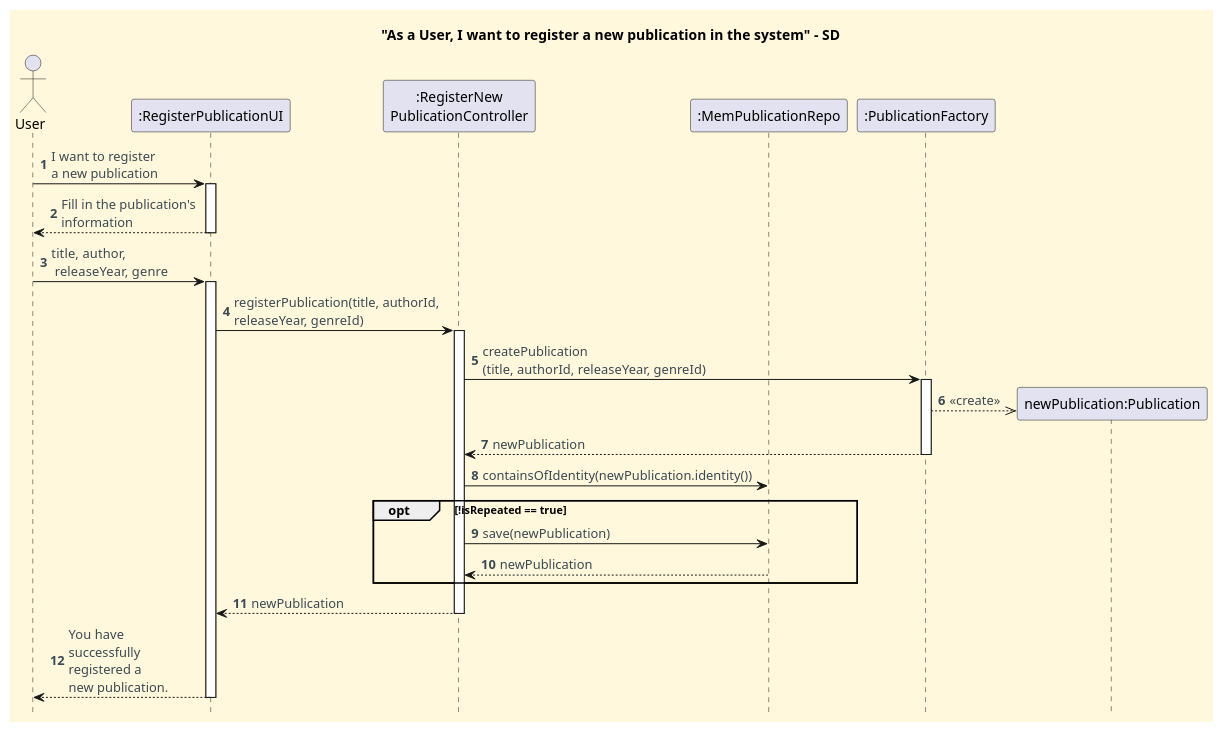
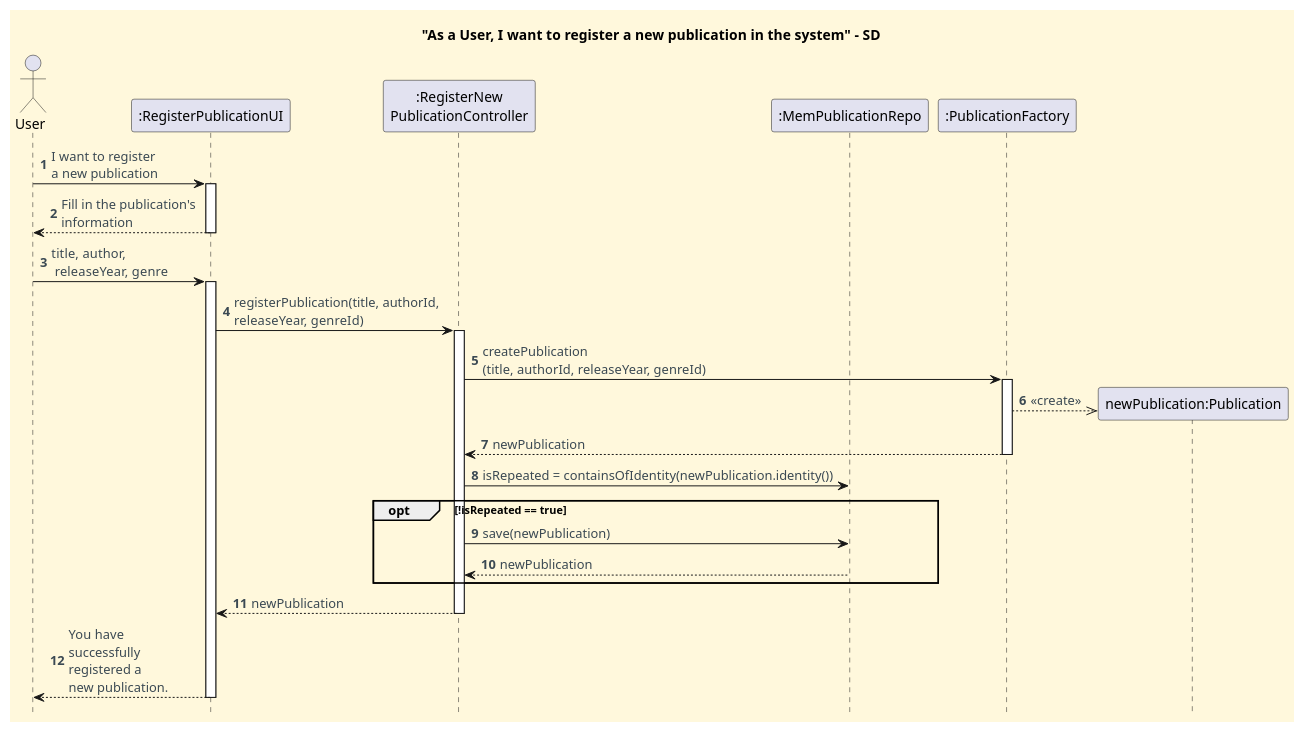
One commit to CarolinaLeite-collab/JavaMarketplacePlatform changed the diagram in docs/user-stories/US010/US010_register_new_publication_SD.puml. Above: the diagram before and after it, drawn with PlantUML.

Commit message:
refactor: minor changes in SD diagram to represent isRepeated method (#600)

```diff
--- a/docs/user-stories/US010/US010_register_new_publication_SD.puml
+++ b/docs/user-stories/US010/US010_register_new_publication_SD.puml
@@ -1,60 +1,60 @@
 @startuml
 title "As a User, I want to register a new publication in the system" - SD
 
 '==== basic style ====
 skinparam monochrome false
 skinparam shadowing false
 skinparam defaultFontName Futura
 skinparam objectFontSize 20
 skinparam backgroundColor CornSilk
 skinparam objectBackgroundColor WhiteSmoke
 skinparam noteBackgroundColor #FFFFE0
 skinparam ArrowFontColor #3B4953
 skinparam ActivationBackgroundColor black
 hidefootbox
 autonumber
 
 ' --- Actor and participants ---
 actor User
 participant ":RegisterPublicationUI" as UI
 participant ":RegisterNew\nPublicationController" as Ctl
 participant ":MemPublicationRepo" as PR
 participant ":PublicationFactory" as PF
 
 ' --- UI interaction ---
 User -> UI: I want to register \na new publication
 activate UI
 UI --> User: Fill in the publication's \ninformation
 deactivate UI
 
 User -> UI: title, author, \n releaseYear, genre
 activate UI
 
 ' --- Use case execution ---
 UI -> Ctl: registerPublication(title, authorId, \nreleaseYear, genreId)
 activate Ctl
 
 
 ' --- Creation  ---
 Ctl -> PF: createPublication\n(title, authorId, releaseYear, genreId)
 activate PF
 create "newPublication:Publication"
 PF -->> "newPublication:Publication": <<create>>
 PF --> Ctl: newPublication
 deactivate PF
 
 ' --- Duplication check ---
-Ctl -> PR : containsOfIdentity(newPublication.identity())
+Ctl -> PR : isRepeated = containsOfIdentity(newPublication.identity())
     opt !isRepeated == true
             Ctl -> PR: save(newPublication)
 PR --> Ctl: newPublication
     end
 
 deactivate PR
 
 Ctl --> UI: newPublication
 deactivate Ctl
 
 UI --> User: You have \nsuccessfully \nregistered a \nnew publication.
 deactivate UI
 @enduml
```
